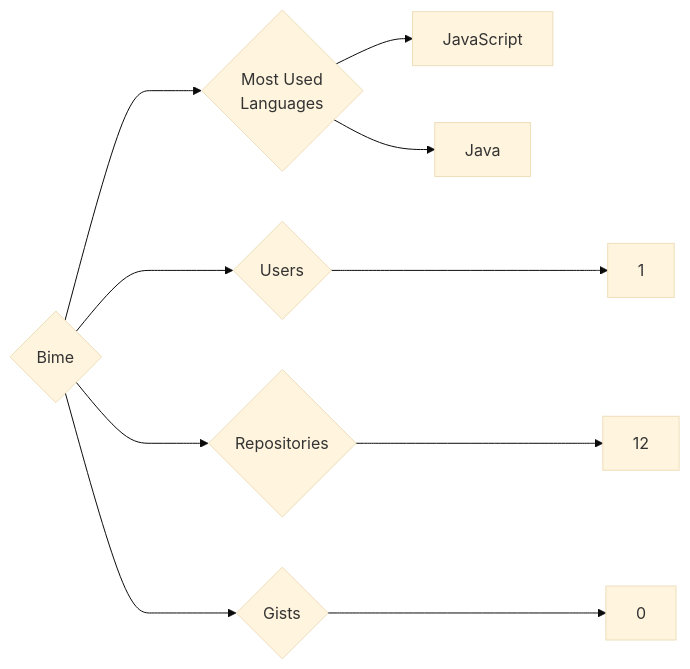
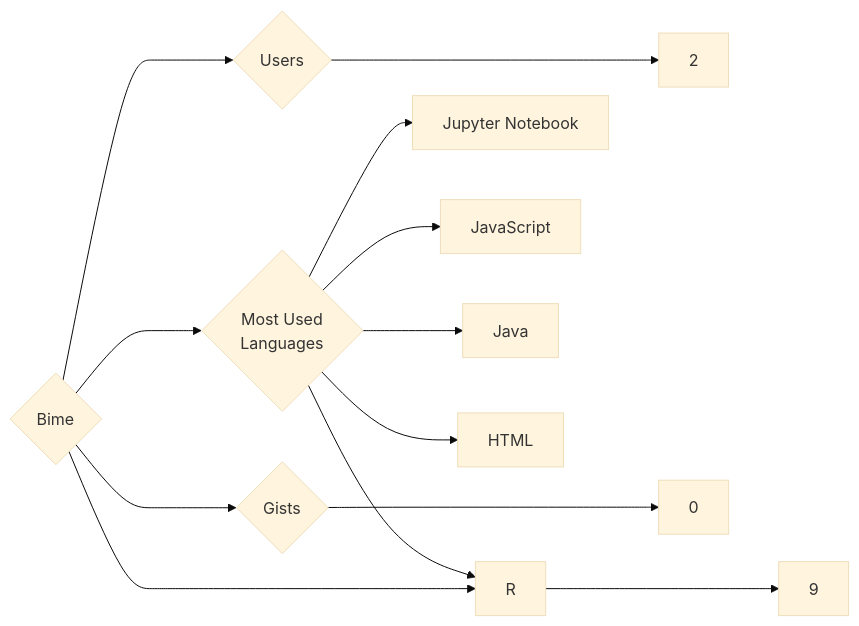
The diagram in targets/Bime/README.md (trickest/insiders), drawn with Mermaid (base theme) before and after one commit. The commit also changed 749 other files, not shown here.

````diff
--- a/targets/Bime/README.md
+++ b/targets/Bime/README.md
@@ -3,10 +3,13 @@
 ```mermaid
 graph LR
 COMPANY_NAME{Bime}
-COMPANY_NAME ---> U{Users} ---> UN[1]
-COMPANY_NAME ---> R{Repositories} ---> RN[12]
+COMPANY_NAME ---> U{Users} ---> UN[2]
+COMPANY_NAME ---> R{Repositories} ---> RN[9]
 COMPANY_NAME ---> G{Gists} ---> GN[0]
 COMPANY_NAME ---> ML{Most Used<br>Languages}
+ML --> Jupyter_Notebook[Jupyter Notebook]
 ML --> JavaScript[JavaScript]
+ML --> R[R]
 ML --> Java[Java]
+ML --> HTML[HTML]
 ```
````
